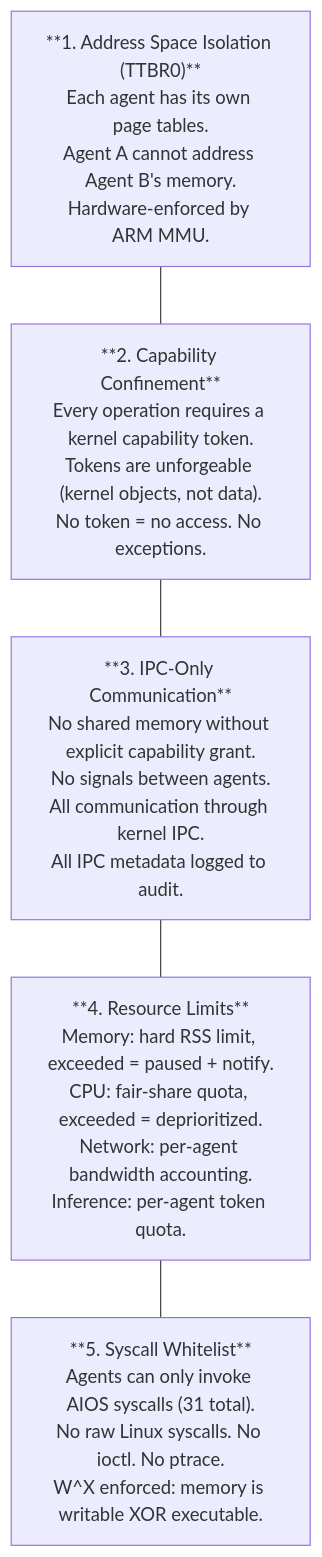
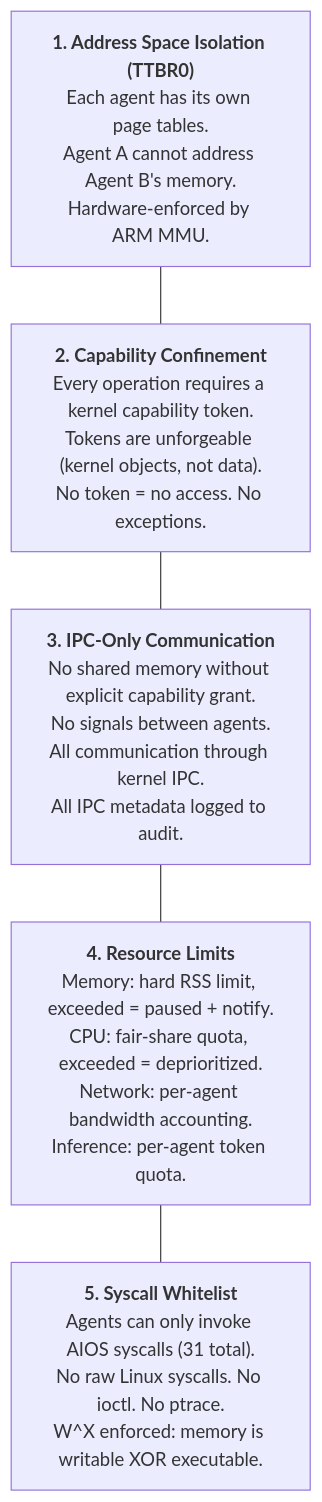
Before and after one commit to juslee/aios: the fourth of 6 diagrams in docs/applications/agents.md, drawn with Mermaid. The commit also changed other lines of this file and 24 other files, not shown here.

First line of the commit message:
Upgrade all 132 Mermaid diagrams to v11 syntax across 25 docs

````diff
--- a/docs/applications/agents.md
+++ b/docs/applications/agents.md
@@ -679,10 +707,27 @@
 ```mermaid
-graph TD
-    L1["**1. Address Space Isolation (TTBR0)**<br/>Each agent has its own page tables.<br/>Agent A cannot address Agent B's memory.<br/>Hardware-enforced by ARM MMU."]
-    L2["**2. Capability Confinement**<br/>Every operation requires a kernel capability token.<br/>Tokens are unforgeable (kernel objects, not data).<br/>No token = no access. No exceptions."]
-    L3["**3. IPC-Only Communication**<br/>No shared memory without explicit capability grant.<br/>No signals between agents.<br/>All communication through kernel IPC.<br/>All IPC metadata logged to audit."]
-    L4["**4. Resource Limits**<br/>Memory: hard RSS limit, exceeded = paused + notify.<br/>CPU: fair-share quota, exceeded = deprioritized.<br/>Network: per-agent bandwidth accounting.<br/>Inference: per-agent token quota."]
-    L5["**5. Syscall Whitelist**<br/>Agents can only invoke AIOS syscalls (31 total).<br/>No raw Linux syscalls. No ioctl. No ptrace.<br/>W^X enforced: memory is writable XOR executable."]
+flowchart TD
+    L1["`**1. Address Space Isolation (TTBR0)**
+Each agent has its own page tables.
+Agent A cannot address Agent B's memory.
+Hardware-enforced by ARM MMU.`"]
+    L2["`**2. Capability Confinement**
+Every operation requires a kernel capability token.
+Tokens are unforgeable (kernel objects, not data).
+No token = no access. No exceptions.`"]
+    L3["`**3. IPC-Only Communication**
+No shared memory without explicit capability grant.
+No signals between agents.
+All communication through kernel IPC.
+All IPC metadata logged to audit.`"]
+    L4["`**4. Resource Limits**
+Memory: hard RSS limit, exceeded = paused + notify.
+CPU: fair-share quota, exceeded = deprioritized.
+Network: per-agent bandwidth accounting.
+Inference: per-agent token quota.`"]
+    L5["`**5. Syscall Whitelist**
+Agents can only invoke AIOS syscalls (31 total).
+No raw Linux syscalls. No ioctl. No ptrace.
+W^X enforced: memory is writable XOR executable.`"]
 
     L1 --- L2 --- L3 --- L4 --- L5
 ```
````
